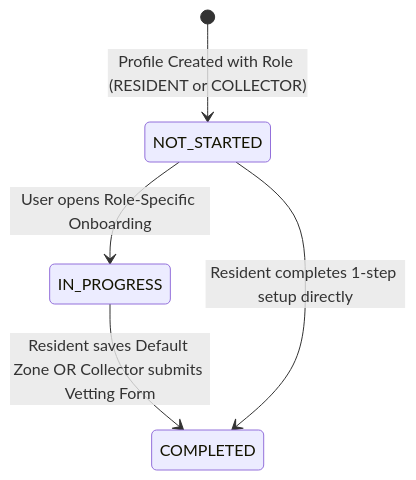
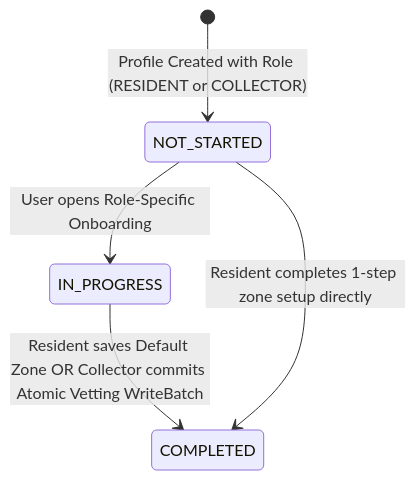
One commit to collinobeid/wastelink changed the third of 6 diagrams in docs/MODULE_1_AUTH_ARCHITECTURE.md. Above: the diagram before and after it, drawn with Mermaid. The commit also changed other lines of this file, not shown here.

Commit message:
docs(module-1): finalize authentication architecture and security acceptance review (v2.1)

````diff
--- a/docs/MODULE_1_AUTH_ARCHITECTURE.md
+++ b/docs/MODULE_1_AUTH_ARCHITECTURE.md
@@ -297,7 +275,7 @@
 ```mermaid
 stateDiagram-v2
     [*] --> NOT_STARTED : Profile Created with Role (RESIDENT or COLLECTOR)
     NOT_STARTED --> IN_PROGRESS : User opens Role-Specific Onboarding
-    IN_PROGRESS --> COMPLETED : Resident saves Default Zone OR Collector submits Vetting Form
-    NOT_STARTED --> COMPLETED : Resident completes 1-step setup directly
+    IN_PROGRESS --> COMPLETED : Resident saves Default Zone OR Collector commits Atomic Vetting WriteBatch
+    NOT_STARTED --> COMPLETED : Resident completes 1-step zone setup directly
 ```
````
